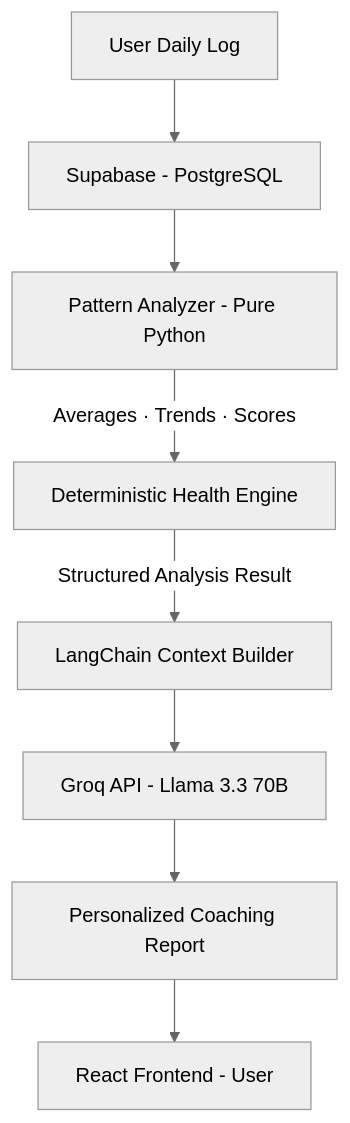
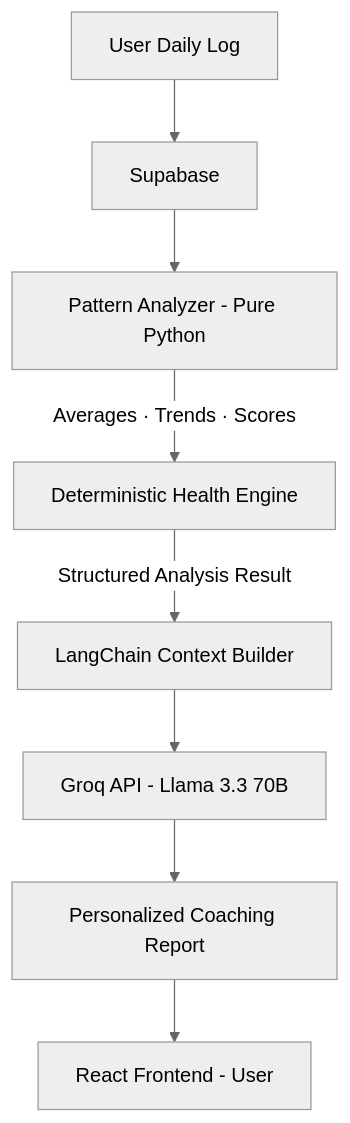
The diagram in README.md (Danangwepe/Health-Coach-LLM), drawn with Mermaid (neutral theme) before and after one commit. The commit also changed other lines of this file and 4 other files, not shown here.

````diff
--- a/README.md
+++ b/README.md
@@ -74,10 +64,10 @@
 ```mermaid
 graph TD
-    A[User Daily Log] --> B[Supabase - PostgreSQL]
+    A[User Daily Log] --> B[Supabase]
     B --> C[Pattern Analyzer - Pure Python]
     C -->|Averages · Trends · Scores| D[Deterministic Health Engine]
     D -->|Structured Analysis Result| E[LangChain Context Builder]
     E --> F[Groq API - Llama 3.3 70B]
     F --> G[Personalized Coaching Report]
     G --> H[React Frontend - User]
 ```
````
